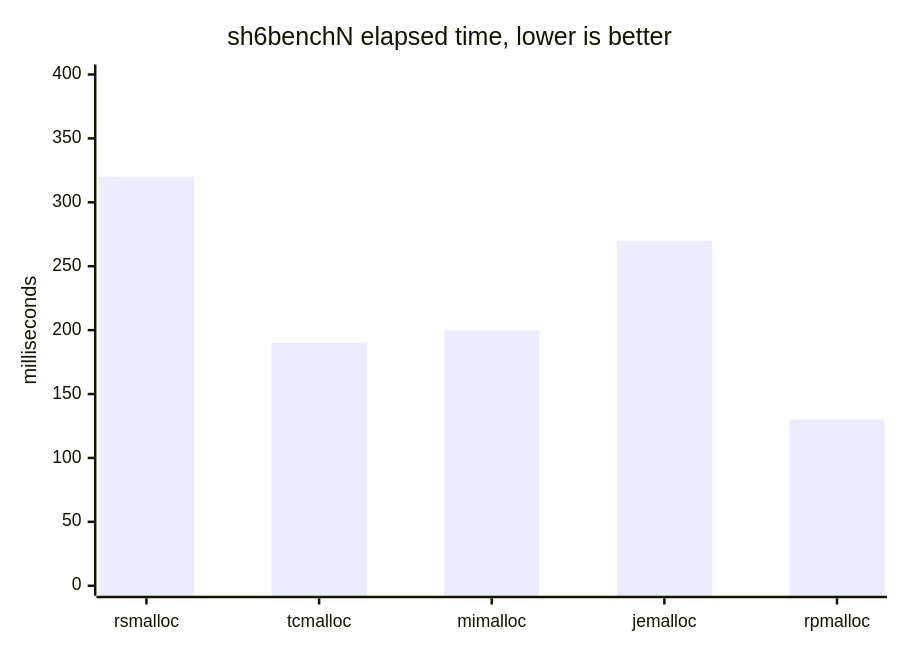
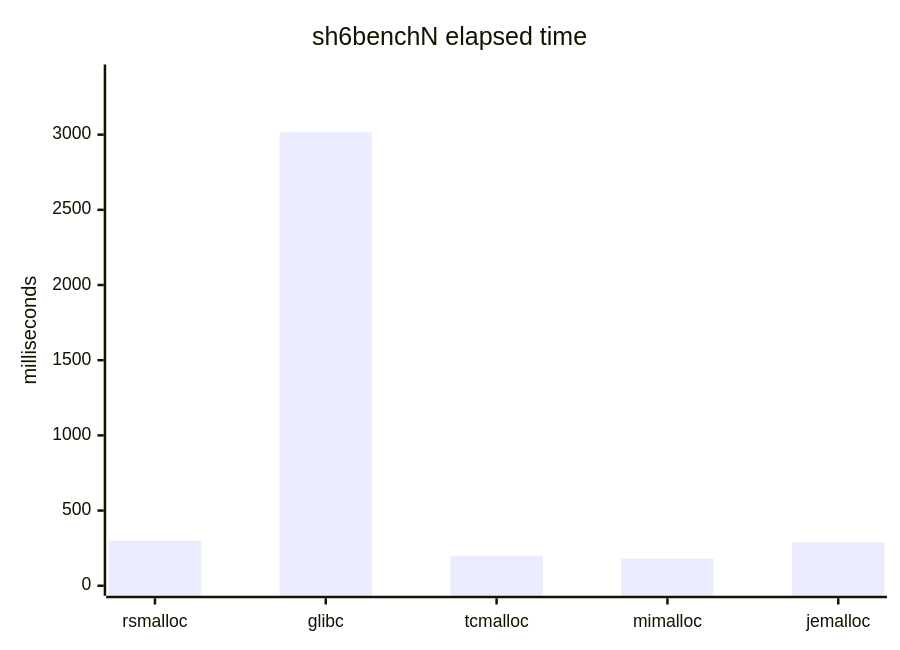
The fifth of 8 diagrams in benchmarks/benchmarks.md (Metehan120/rsmalloc), drawn with Mermaid before and after one commit. The commit also changed other lines of this file and 171 other files, not shown here.

````diff
--- a/benchmarks/benchmarks.md
+++ b/benchmarks/benchmarks.md
@@ -142,7 +117,7 @@
 ```mermaid
 xychart-beta
-    title "sh6benchN elapsed time, lower is better"
-    x-axis [rsmalloc, tcmalloc, mimalloc, jemalloc, rpmalloc]
-    y-axis "milliseconds" 0 --> 400
-    bar [320, 190, 200, 270, 130]
+    title "sh6benchN elapsed time"
+    x-axis [rsmalloc, glibc, tcmalloc, mimalloc, jemalloc]
+    y-axis "milliseconds" 0 --> 3400
+    bar [300, 3015, 200, 180, 290]
 ```
````
